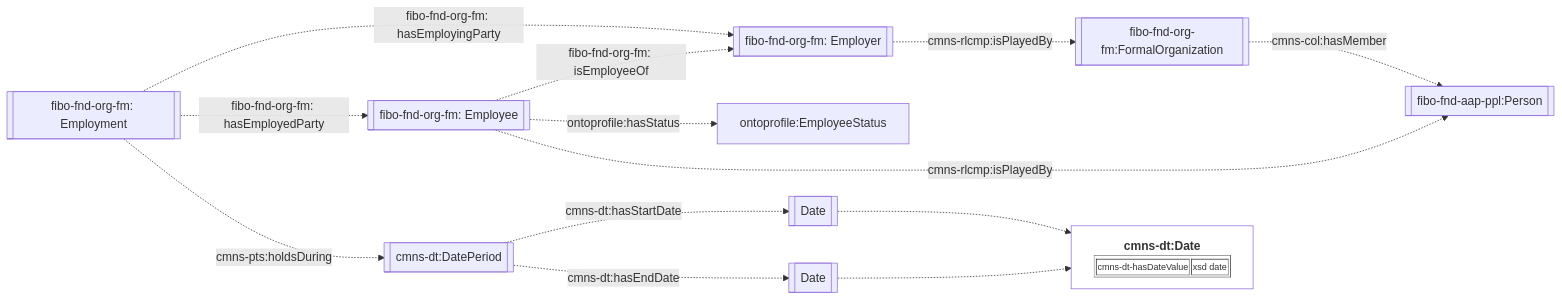
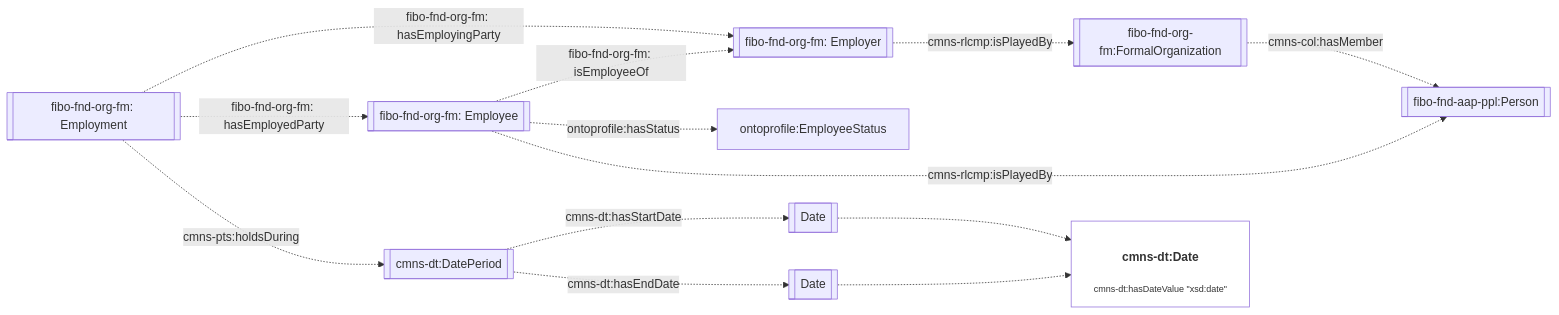
One commit to cambridge-cares/TheWorldAvatar changed the fifth of 6 diagrams in JPS_Ontology/ontology/ontoprofile/README.MD. Above: the diagram before and after it, drawn with Mermaid. The commit also changed other lines of this file, not shown here.

Commit message:
dev-service-execution-ontology-extension: refactor table html to plain text html

````diff
--- a/JPS_Ontology/ontology/ontoprofile/README.MD
+++ b/JPS_Ontology/ontology/ontoprofile/README.MD
@@ -153,20 +153,20 @@
 ```mermaid
 flowchart LR
     %% Styling
     classDef literal fill:none
 
-    %% Diagram
+    %% Contents
     Employment[[fibo-fnd-org-fm: Employment]] -. fibo-fnd-org-fm: hasEmployingParty .-> Employer[[fibo-fnd-org-fm: Employer]]
     Employment[[fibo-fnd-org-fm: Employment]] -. fibo-fnd-org-fm: hasEmployedParty .-> Employee[[fibo-fnd-org-fm: Employee]]
     Employment[[fibo-fnd-org-fm: Employment]] -. cmns-pts:holdsDuring .-> DatePeriod[[cmns-dt:DatePeriod]]
     DatePeriod -. cmns-dt:hasStartDate .-> StartDate[[Date]]
     DatePeriod -. cmns-dt:hasEndDate .-> EndDate[[Date]]
-    StartDate -.-> Date["<table border='1' style='font-size:0.75rem;'><tr style='font-size:1.25rem;'><b>cmns-dt:Date</b></tr><tr><td>cmns-dt-hasDateValue</td><td>xsd date</td></tr></table>"]:::literal
+    StartDate -.-> Date["<h4>cmns-dt:Date</h4><p style='font-size:0.75rem;'>cmns-dt:hasDateValue &quot;xsd:date&quot;</p>"]:::literal
     EndDate -.-> Date
 
     Employee -. fibo-fnd-org-fm: isEmployeeOf .-> Employer
     Employee -. ontoprofile:hasStatus .-> ontoprofile:EmployeeStatus
     Employer -. cmns-rlcmp:isPlayedBy .-> Org[[fibo-fnd-org-fm:FormalOrganization]]
     Employee -. cmns-rlcmp:isPlayedBy .-> Person[[fibo-fnd-aap-ppl:Person]]
     Org -. cmns-col:hasMember .-> Person
 ```
````
